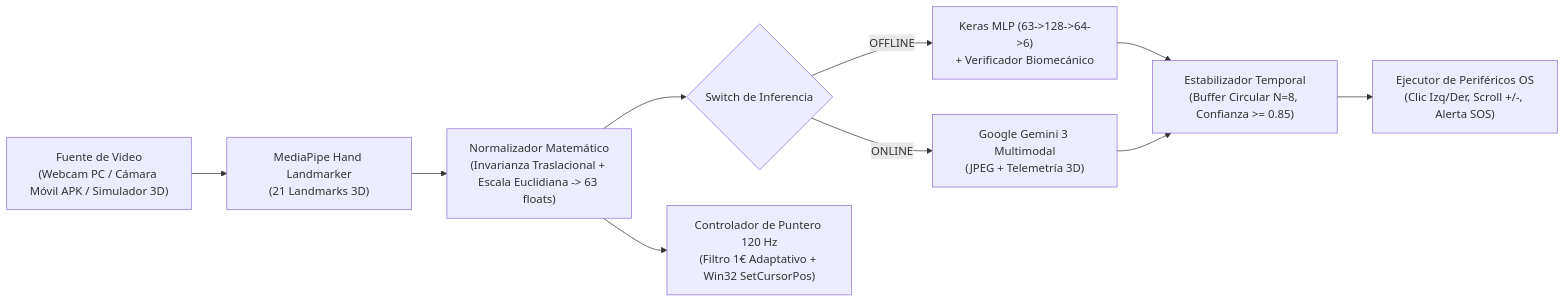
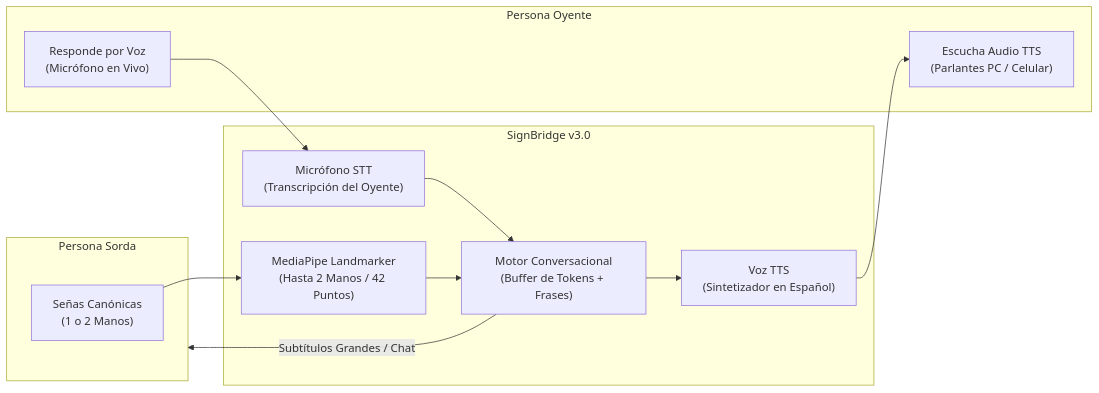
Before and after one commit to jpnexe/Detenci-n-de-gestos: the diagram in DOCUMENTACION_PROYECTO.md, drawn with Mermaid. The commit also changed other lines of this file and 18 other files, not shown here.

````diff
--- a/DOCUMENTACION_PROYECTO.md
+++ b/DOCUMENTACION_PROYECTO.md
@@ -110,12 +26,19 @@
 ```mermaid
 flowchart LR
-    A["Fuente de Video\n(Webcam PC / Cámara Móvil APK / Simulador 3D)"] --> B["MediaPipe Hand Landmarker\n(21 Landmarks 3D)"]
-    B --> C["Normalizador Matemático\n(Invarianza Traslacional + Escala Euclidiana -> 63 floats)"]
-    C --> D{"Switch de Inferencia"}
-    D -->|OFFLINE| E["Keras MLP (63->128->64->6)\n+ Verificador Biomecánico"]
-    D -->|ONLINE| F["Google Gemini 3 Multimodal\n(JPEG + Telemetría 3D)"]
-    E --> G["Estabilizador Temporal\n(Buffer Circular N=8, Confianza >= 0.85)"]
-    F --> G
-    C --> H["Controlador de Puntero 120 Hz\n(Filtro 1€ Adaptativo + Win32 SetCursorPos)"]
-    G --> I["Ejecutor de Periféricos OS\n(Clic Izq/Der, Scroll +/-, Alerta SOS)"]
+    subgraph Sorda["Persona Sorda"]
+        A["Señas Canónicas\n(1 o 2 Manos)"]
+    end
+    subgraph Sistema["SignBridge v3.0"]
+        B["MediaPipe Landmarker\n(Hasta 2 Manos / 42 Puntos)"]
+        C["Motor Conversacional\n(Buffer de Tokens + Frases)"]
+        D["Voz TTS\n(Sintetizador en Español)"]
+        E["Micrófono STT\n(Transcripción del Oyente)"]
+    end
+    subgraph Oyente["Persona Oyente"]
+        F["Escucha Audio TTS\n(Parlantes PC / Celular)"]
+        G["Responde por Voz\n(Micrófono en Vivo)"]
+    end
+
+    A --> B --> C --> D --> F
+    G --> E --> C -->|Subtítulos Grandes / Chat| Sorda
 ```
````
